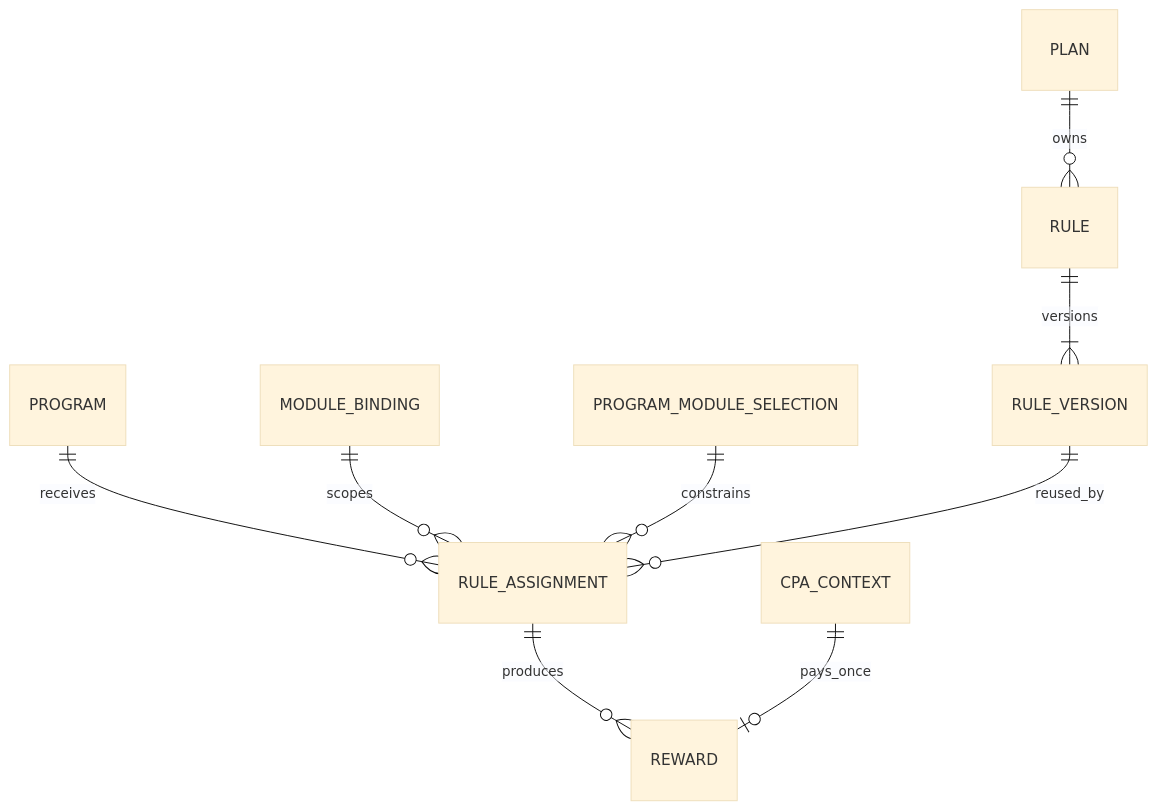
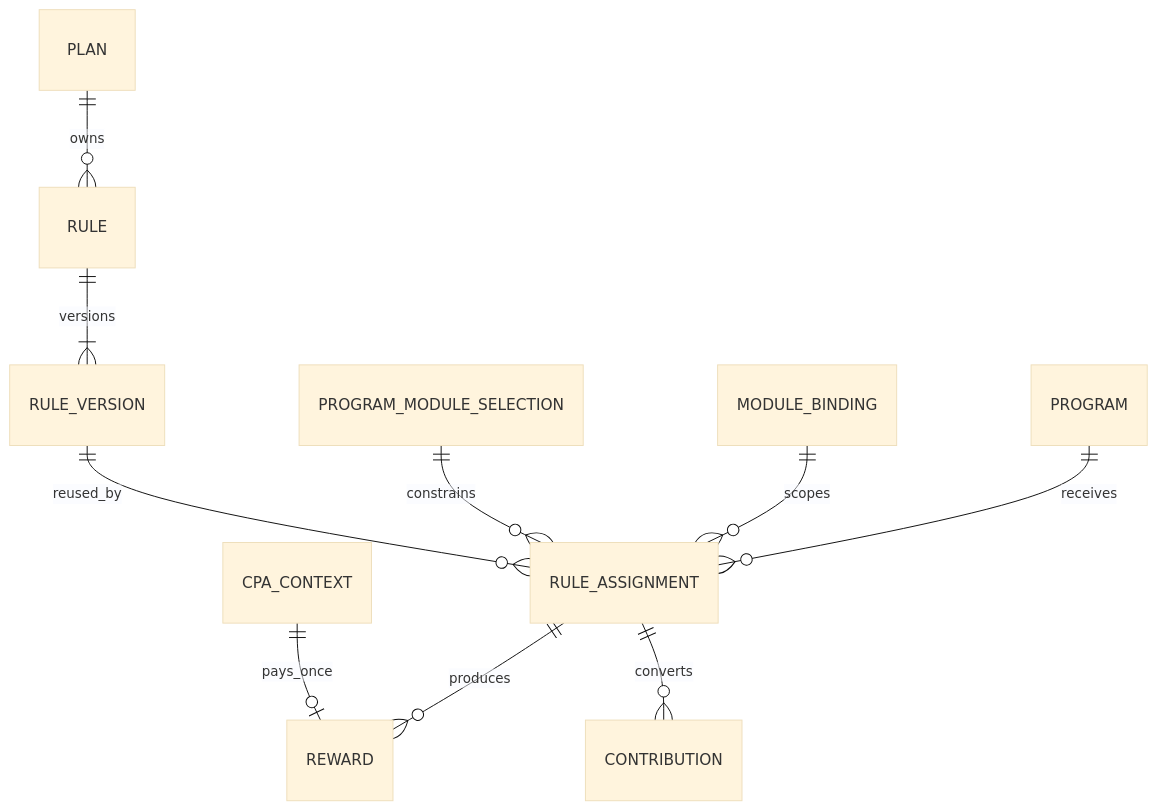
The diagram in docs/bds/rewards.bds.md (MMTech-Solutions/ib-service), drawn with Mermaid (base theme) before and after one commit. The commit also changed other lines of this file and 20 other files, not shown here.

First line of the commit message:
Document Progression BDS and PG1 roadmap with plan period rules.

````diff
--- a/docs/bds/rewards.bds.md
+++ b/docs/bds/rewards.bds.md
@@ -28,11 +30,12 @@
 ```mermaid
 erDiagram
     PLAN ||--o{ RULE : owns
     RULE ||--|{ RULE_VERSION : versions
     PROGRAM ||--o{ RULE_ASSIGNMENT : receives
     MODULE_BINDING ||--o{ RULE_ASSIGNMENT : scopes
     PROGRAM_MODULE_SELECTION ||--o{ RULE_ASSIGNMENT : constrains
     RULE_VERSION ||--o{ RULE_ASSIGNMENT : reused_by
     RULE_ASSIGNMENT ||--o{ REWARD : produces
+    RULE_ASSIGNMENT ||--o{ CONTRIBUTION : converts
     CPA_CONTEXT ||--o| REWARD : pays_once
 ```
````
